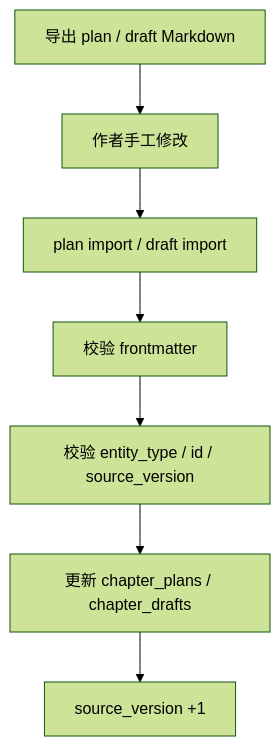
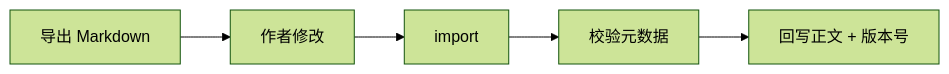
The third of 4 diagrams in README.md (housirvip/hai-novel), drawn with Mermaid (forest theme) before and after one commit. The commit also changed other lines of this file, not shown here.

First line of the commit message:
docs: 更新架构图与流程文档以简化说明

````diff
--- a/README.md
+++ b/README.md
@@ -227,9 +223,7 @@
 ```mermaid
-flowchart TD
-  A["导出 plan / draft Markdown"] --> B["作者手工修改"]
-  B --> C["plan import / draft import"]
-  C --> D["校验 frontmatter"]
-  D --> E["校验 entity_type / id / source_version"]
-  E --> F["更新 chapter_plans / chapter_drafts"]
-  F --> G["source_version +1"]
+flowchart LR
+  A["导出 Markdown"] --> B["作者修改"]
+  B --> C["import"]
+  C --> D["校验元数据"]
+  D --> E["回写正文 + 版本号"]
 ```
````
